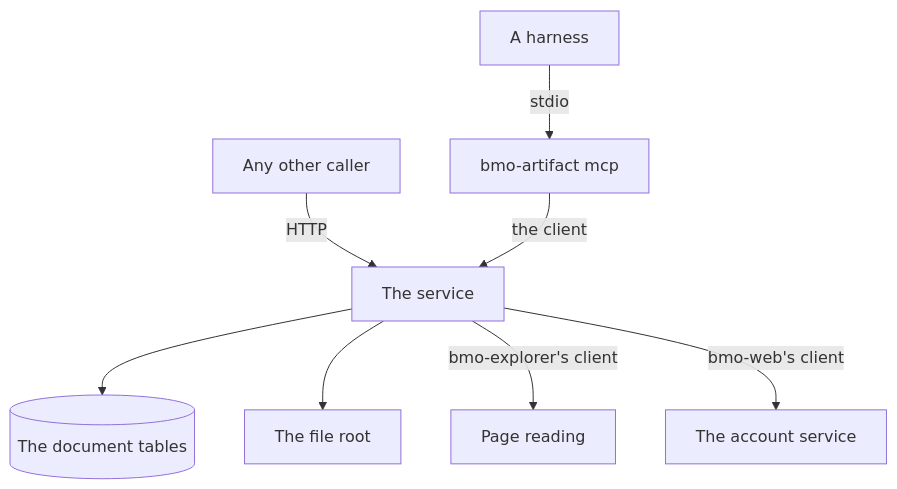
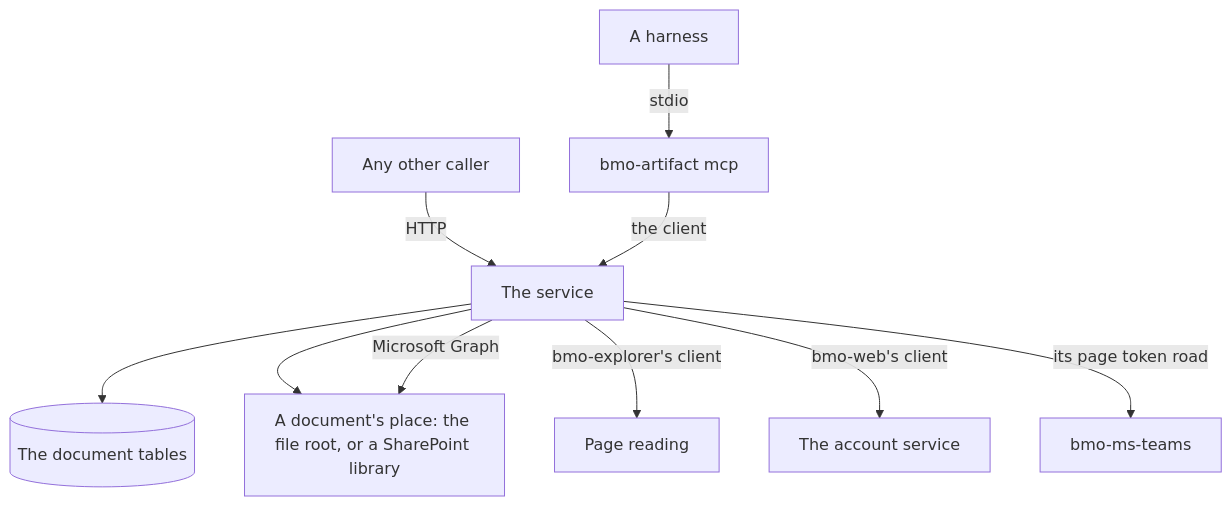
Before and after one commit to ahas/bmo-artifact: the first of 2 diagrams in docs/api.md, drawn with Mermaid. The commit also changed other lines of this file and 36 other files, not shown here.

````diff
--- a/docs/api.md
+++ b/docs/api.md
@@ -11,10 +11,12 @@
 ```mermaid
 flowchart TD
   H[A harness] -->|stdio| M[bmo-artifact mcp]
   C[Any other caller] -->|HTTP| S[The service]
   M -->|the client| S
   S --> D[(The document tables)]
-  S --> F[The file root]
+  S --> F[A document's place: the file root, or a SharePoint library]
   S -->|bmo-explorer's client| E[Page reading]
   S -->|bmo-web's client| W[The account service]
+  S -->|its page token road| T[bmo-ms-teams]
+  S -->|Microsoft Graph| F
 ```
````
